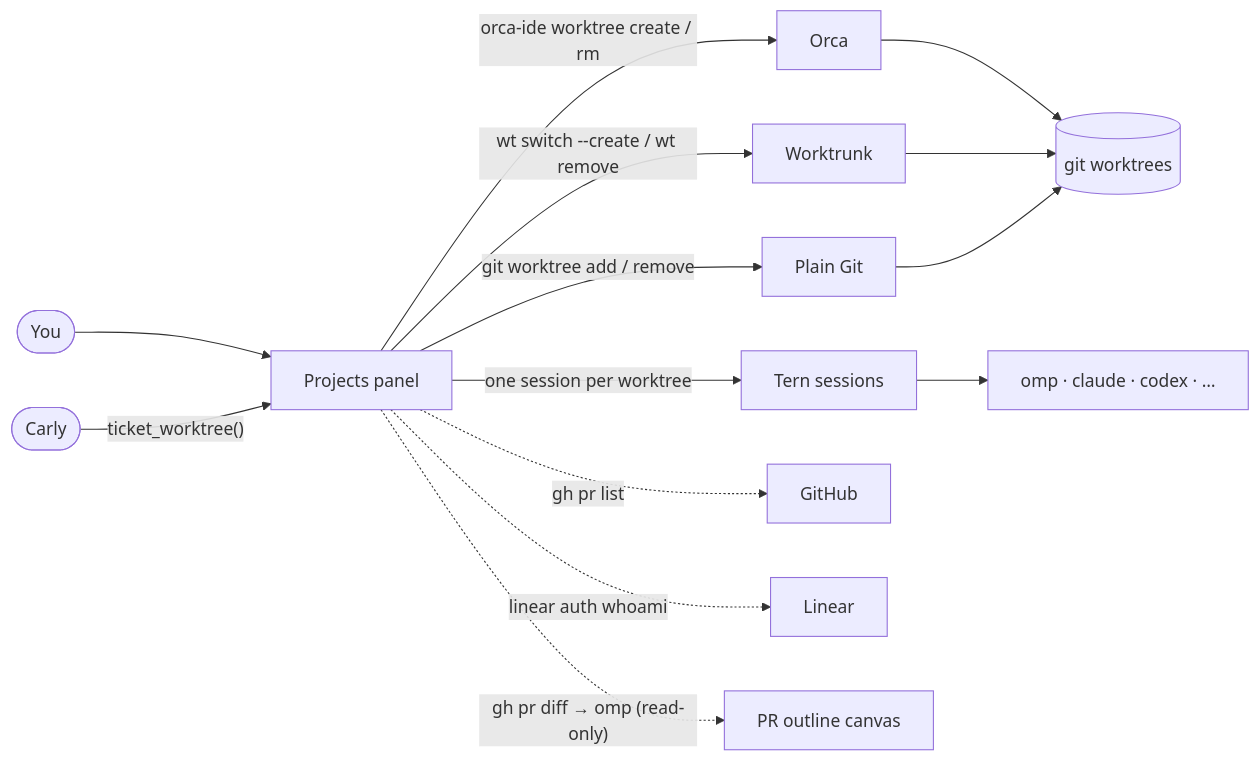
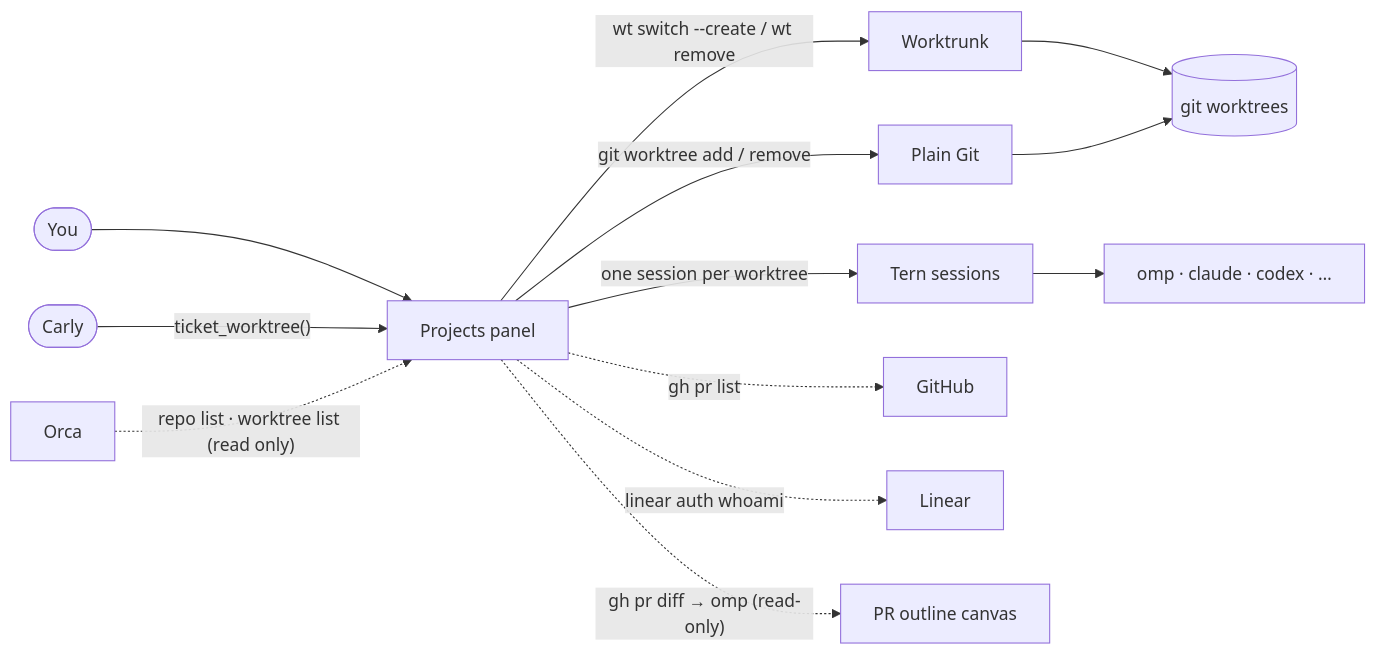
The diagram in README.md (Moti-Velz/tern-forge), drawn with Mermaid before and after one commit. The commit also changed other lines of this file and 6 other files, not shown here.

Commit message:
Forge owns every project's worktrees; Orca is a read-only source. Ticket links per worktree in git config (Link ticket, ticket_worktree, Orca import) and a link-ticket agent skill

````diff
--- a/README.md
+++ b/README.md
@@ -132,16 +149,15 @@
 ```mermaid
 flowchart LR
     you(["You"]) --> panel["Projects panel"]
     carly(["Carly"]) -- "ticket_worktree()" --> panel
-    panel -- "orca-ide worktree create / rm" --> orca["Orca"]
     panel -- "wt switch --create / wt remove" --> wt["Worktrunk"]
     panel -- "git worktree add / remove" --> plain["Plain Git"]
-    orca --> trees[("git worktrees")]
-    wt --> trees
+    orca["Orca"] -. "repo list · worktree list (read only)" .-> panel
+    wt --> trees[("git worktrees")]
     plain --> trees
     panel -- "one session per worktree" --> sessions["Tern sessions"]
     sessions --> agents["omp · claude · codex · …"]
     panel -. "gh pr list" .-> gh["GitHub"]
     panel -. "linear auth whoami" .-> linear["Linear"]
     panel -. "gh pr diff → omp (read-only)" .-> outline["PR outline canvas"]
 ```
````
